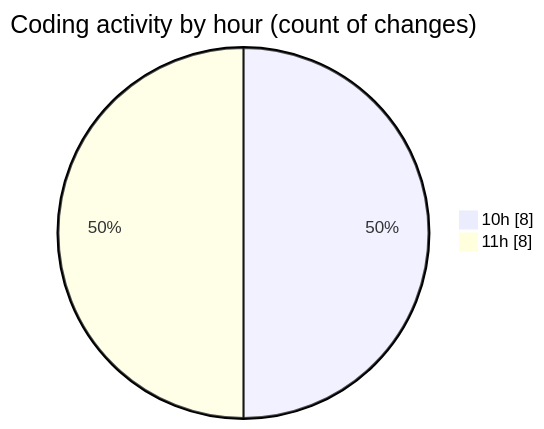
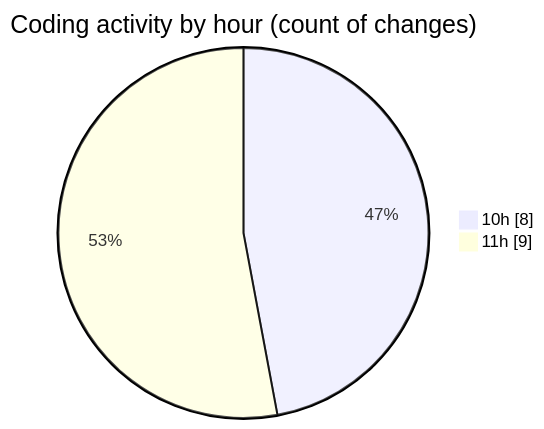
The second of 2 diagrams in 2025-12-30/budget_front_nest/README.md (igalym/code-tracking), drawn with Mermaid before and after one commit. The commit also changed other lines of this file and 1 other file, not shown here.

````diff
--- a/2025-12-30/budget_front_nest/README.md
+++ b/2025-12-30/budget_front_nest/README.md
@@ -37,6 +39,6 @@
 ```mermaid
 pie showData
 title Coding activity by hour (count of changes)
 "10h" : 8
-"11h" : 8
+"11h" : 9
 ```
````
